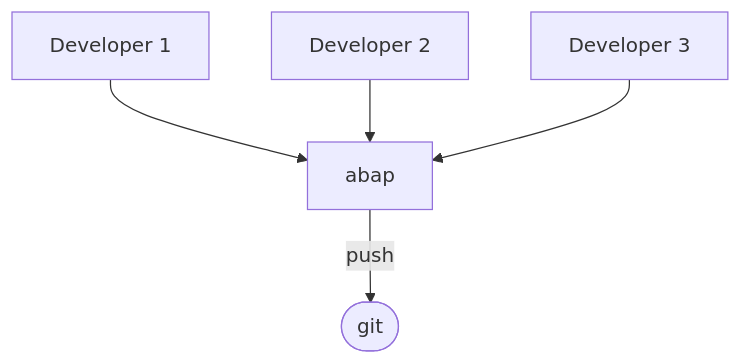
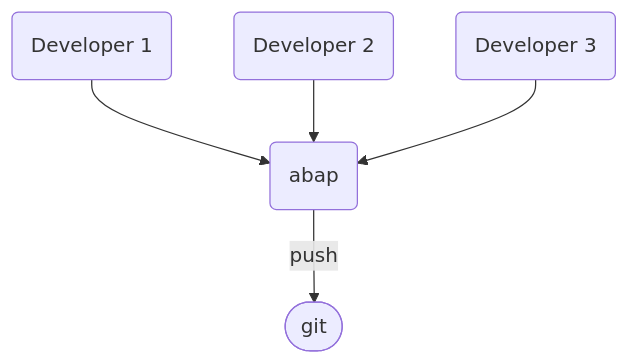
The first of 2 diagrams in abap-code-review/src/test_scenario.md (SAP/styleguides), drawn with Mermaid before and after one commit. The commit also changed other lines of this file, not shown here.

````diff
--- a/abap-code-review/src/test_scenario.md
+++ b/abap-code-review/src/test_scenario.md
@@ -14,8 +14,8 @@
 ```mermaid
 %%{ init: { 'flowchart': { 'curve': 'basis' } } }%%
 graph TD
-    A[Developer 1] --> B[abap]
-    C[Developer 2] --> B
-    D[Developer 3] --> B
+    A(Developer 1) --> B(abap)
+    C(Developer 2) --> B
+    D(Developer 3) --> B
     B -->|push| E([git])
  ```
````
